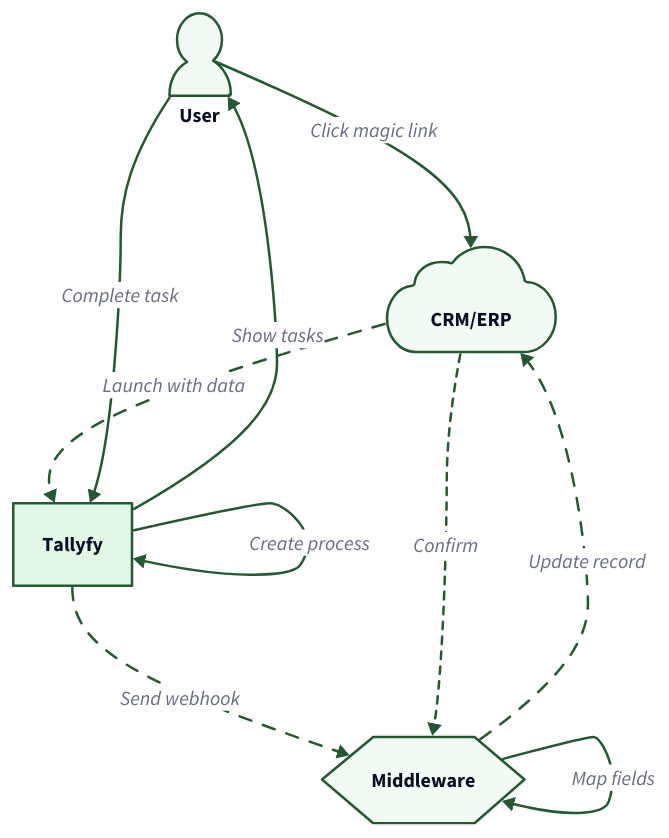
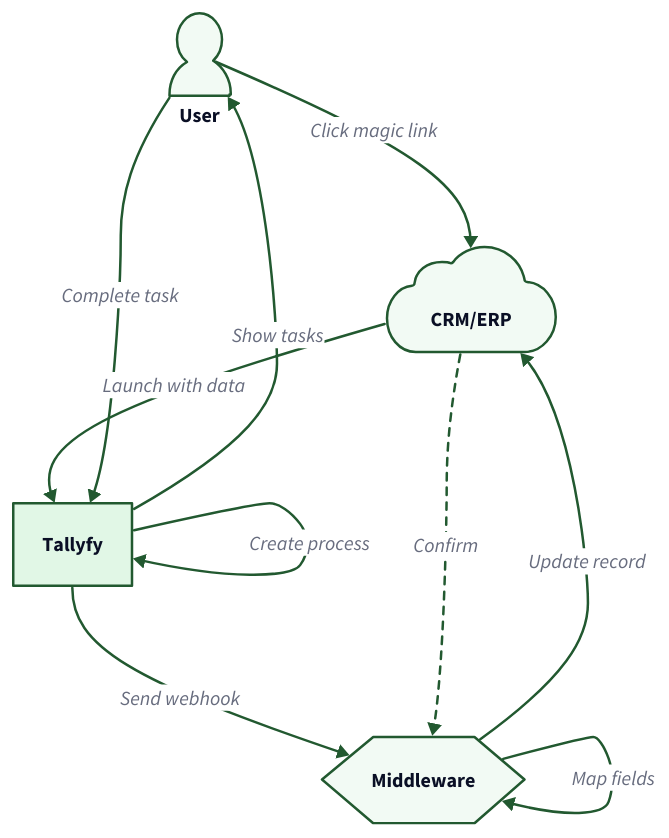
Before and after one commit to tallyfy/documentation: the diagram in src/content/docs/pro/integrations/middleware/integrate-into-crm.mdx, drawn with D2. The commit also changed 12 other files, not shown here.

````diff
--- a/src/content/docs/pro/integrations/middleware/integrate-into-crm.mdx
+++ b/src/content/docs/pro/integrations/middleware/integrate-into-crm.mdx
@@ -106,65 +106,62 @@
 ```d2
 direction: down
 
 # People
 User: User {
   shape: person
   style.fill: "#f2faf4"
   style.stroke: "#225930"
 }
 
 # Systems
 CRM: CRM/ERP {
   shape: cloud
   style.fill: "#f2faf4"
   style.stroke: "#225930"
 }
 
 Middleware: Middleware {
   shape: hexagon
   style.fill: "#f2faf4"
   style.stroke: "#225930"
 }
 
 Tallyfy: Tallyfy {
   shape: rectangle
   style.fill: "#e1f7e6"
   style.stroke: "#225930"
   style.stroke-width: 2
 }
 
 # CRM to Tallyfy Flow
 User -> CRM: Click magic link {
   style.stroke: "#225930"
 }
 CRM -> Tallyfy: Launch with data {
   style.stroke: "#225930"
-  style.animated: true
 }
 Tallyfy -> Tallyfy: Create process {
   style.stroke: "#225930"
 }
 Tallyfy -> User: Show tasks {
   style.stroke: "#225930"
 }
 
 # Tallyfy to CRM Flow
 User -> Tallyfy: Complete task {
   style.stroke: "#225930"
 }
 Tallyfy -> Middleware: Send webhook {
   style.stroke: "#225930"
-  style.animated: true
 }
 Middleware -> Middleware: Map fields {
   style.stroke: "#225930"
 }
 Middleware -> CRM: Update record {
   style.stroke: "#225930"
-  style.animated: true
 }
 CRM -> Middleware: Confirm {
   style.stroke: "#225930"
   style.stroke-dash: 3
 }
 ```
````
